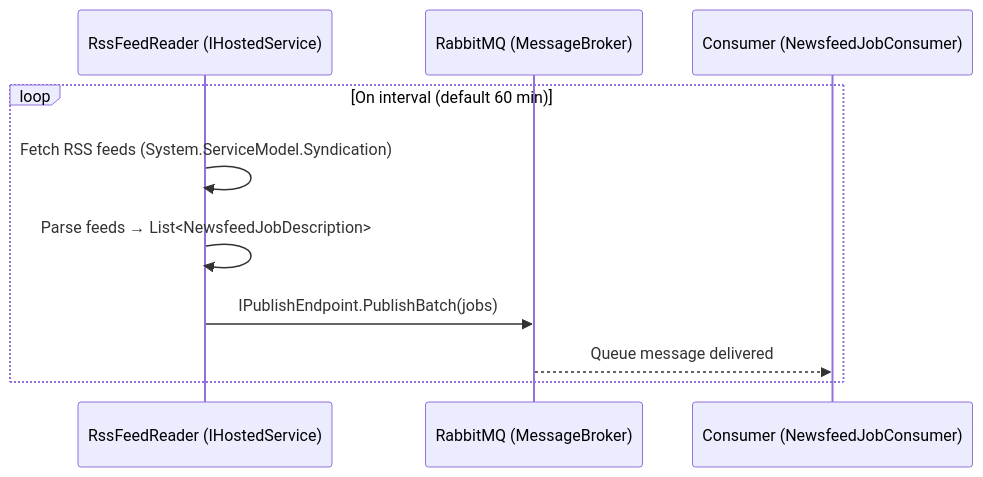
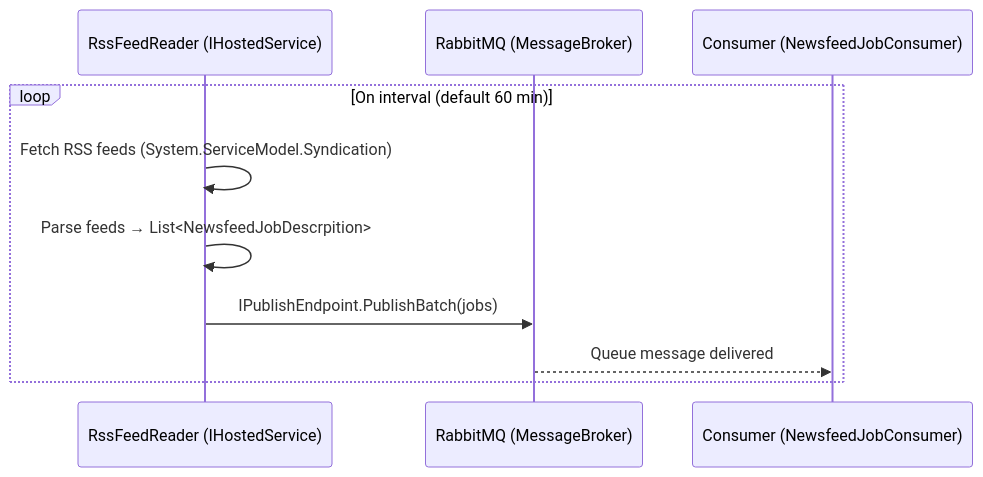
The first of 8 diagrams in .docs/pipelines.md (Fortyfei/AgitpropScraper), drawn with Mermaid before and after one commit. The commit also changed other lines of this file and 32 other files, not shown here.

````diff
--- a/.docs/pipelines.md
+++ b/.docs/pipelines.md
@@ -10,13 +10,13 @@
 ```mermaid
 sequenceDiagram
     participant RSS as RssFeedReader (IHostedService)
     participant MQ as RabbitMQ (MessageBroker)
     participant CON as Consumer (NewsfeedJobConsumer)
 
     loop On interval (default 60 min)
         RSS->>RSS: Fetch RSS feeds (System.ServiceModel.Syndication)
-        RSS->>RSS: Parse feeds → List<NewsfeedJobDescription>
+        RSS->>RSS: Parse feeds → List<NewsfeedJobDescrpition>
         RSS->>MQ: IPublishEndpoint.PublishBatch(jobs)
         MQ-->>CON: Queue message delivered
     end
 ```
````
